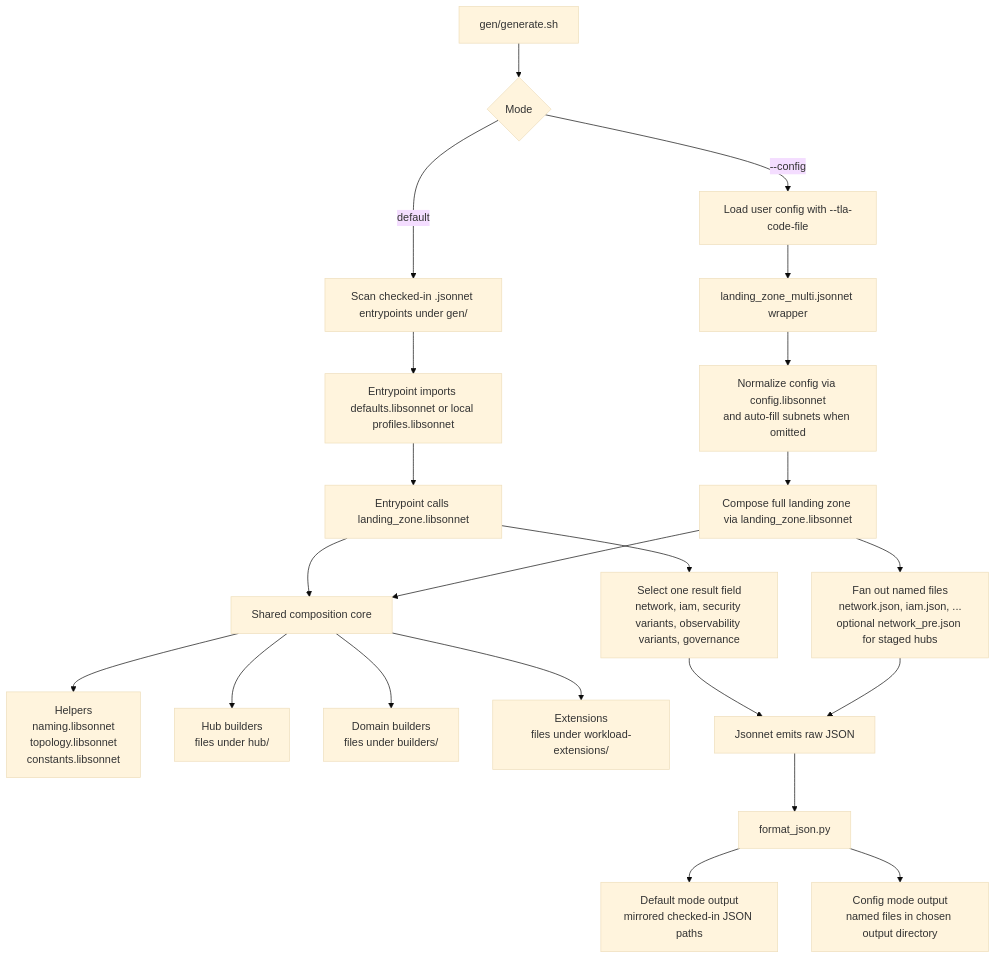
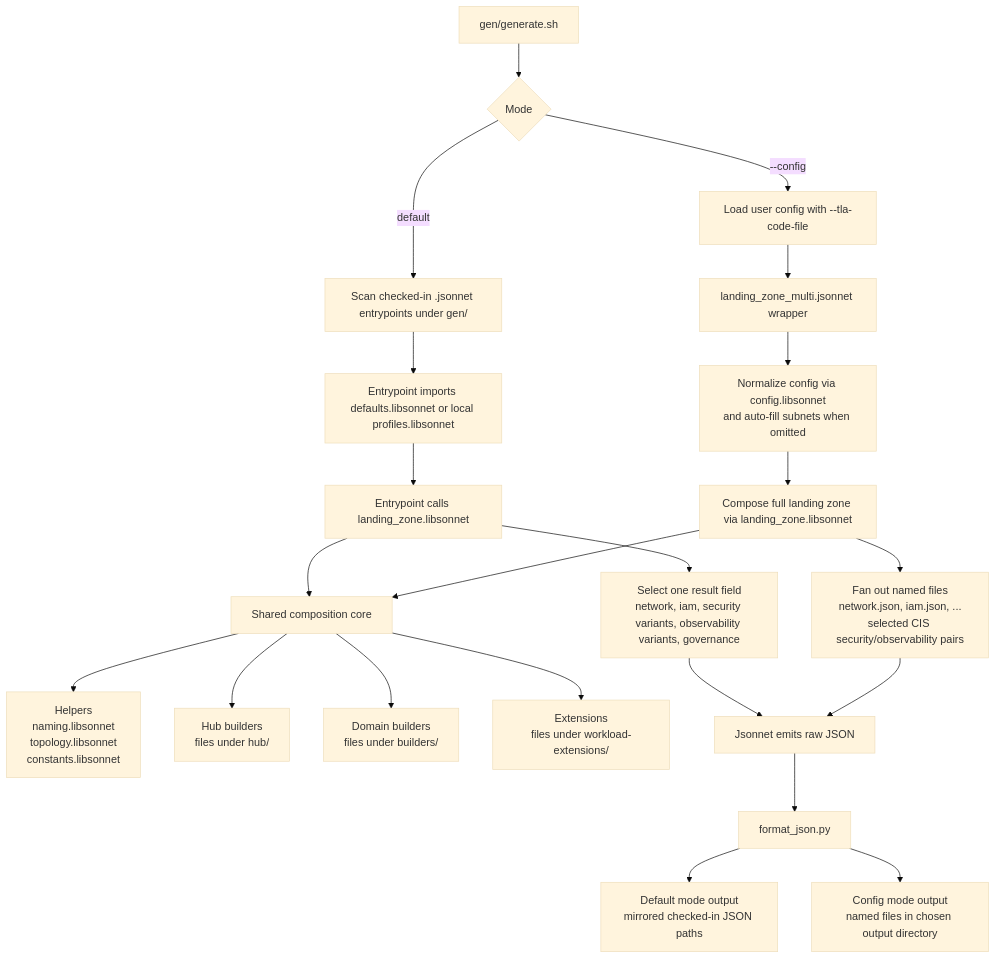
The diagram in gen/AGENTS.md (oci-landing-zones/oci-landing-zone-operating-entities), drawn with Mermaid (base theme) before and after one commit. The commit also changed other lines of this file and 82 other files, not shown here.

````diff
--- a/gen/AGENTS.md
+++ b/gen/AGENTS.md
@@ -82,29 +82,29 @@
 ```mermaid
 flowchart TD
     A["gen/generate.sh"] --> B{Mode}
     B -->|default| C["Scan checked-in .jsonnet entrypoints under gen/"]
     B -->|--config| D["Load user config with --tla-code-file"]
 
     C --> E["Entrypoint imports defaults.libsonnet or local profiles.libsonnet"]
     E --> F["Entrypoint calls landing_zone.libsonnet"]
     F --> G["Select one result field<br/>network, iam, security variants, observability variants, governance"]
 
     D --> H["landing_zone_multi.jsonnet wrapper"]
     H --> I["Normalize config via config.libsonnet<br/>and auto-fill subnets when omitted"]
     I --> J["Compose full landing zone via landing_zone.libsonnet"]
-    J --> K["Fan out named files<br/>network.json, iam.json, ...<br/>optional network_pre.json for staged hubs"]
+    J --> K["Fan out named files<br/>network.json, iam.json, ...<br/>selected CIS security/observability pairs"]
 
     F --> L["Shared composition core"]
     J --> L
 
     L --> M["Helpers<br/>naming.libsonnet<br/>topology.libsonnet<br/>constants.libsonnet"]
     L --> N["Hub builders<br/>files under hub/"]
     L --> O["Domain builders<br/>files under builders/"]
     L --> P["Extensions<br/>files under workload-extensions/"]
 
     G --> Q["Jsonnet emits raw JSON"]
     K --> Q
     Q --> R["format_json.py"]
     R --> S["Default mode output<br/>mirrored checked-in JSON paths"]
     R --> T["Config mode output<br/>named files in chosen output directory"]
 ```
````
